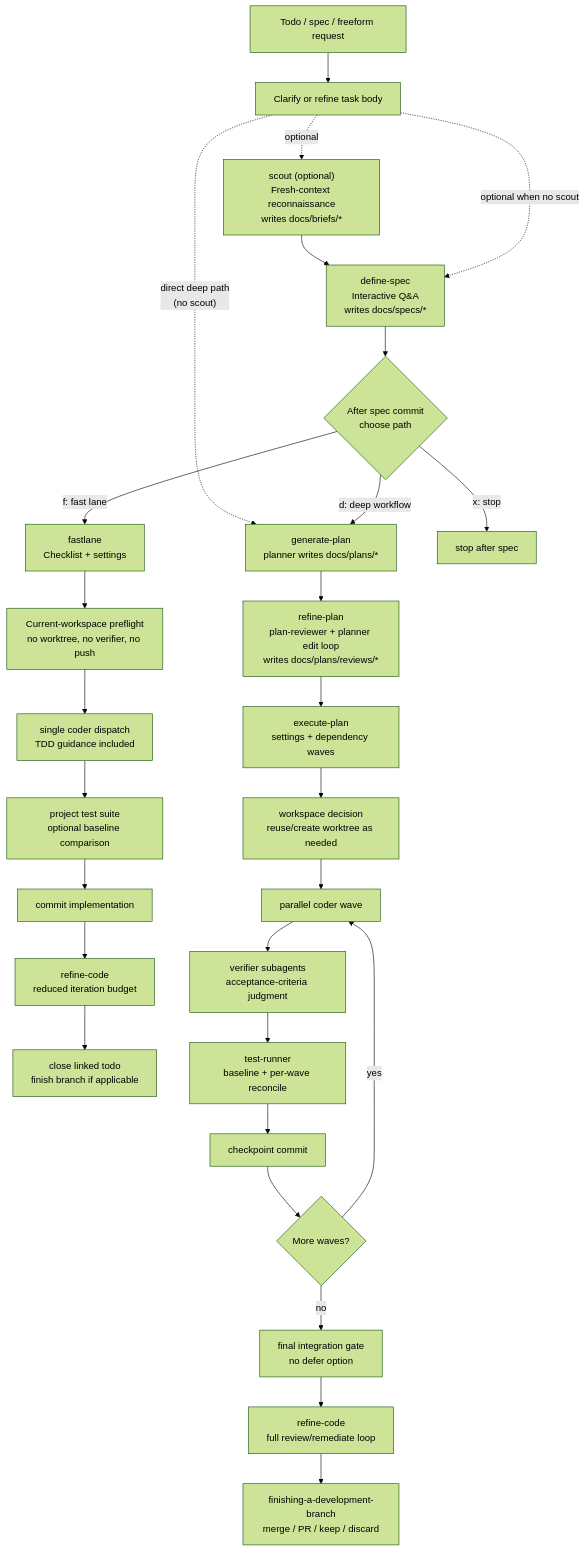
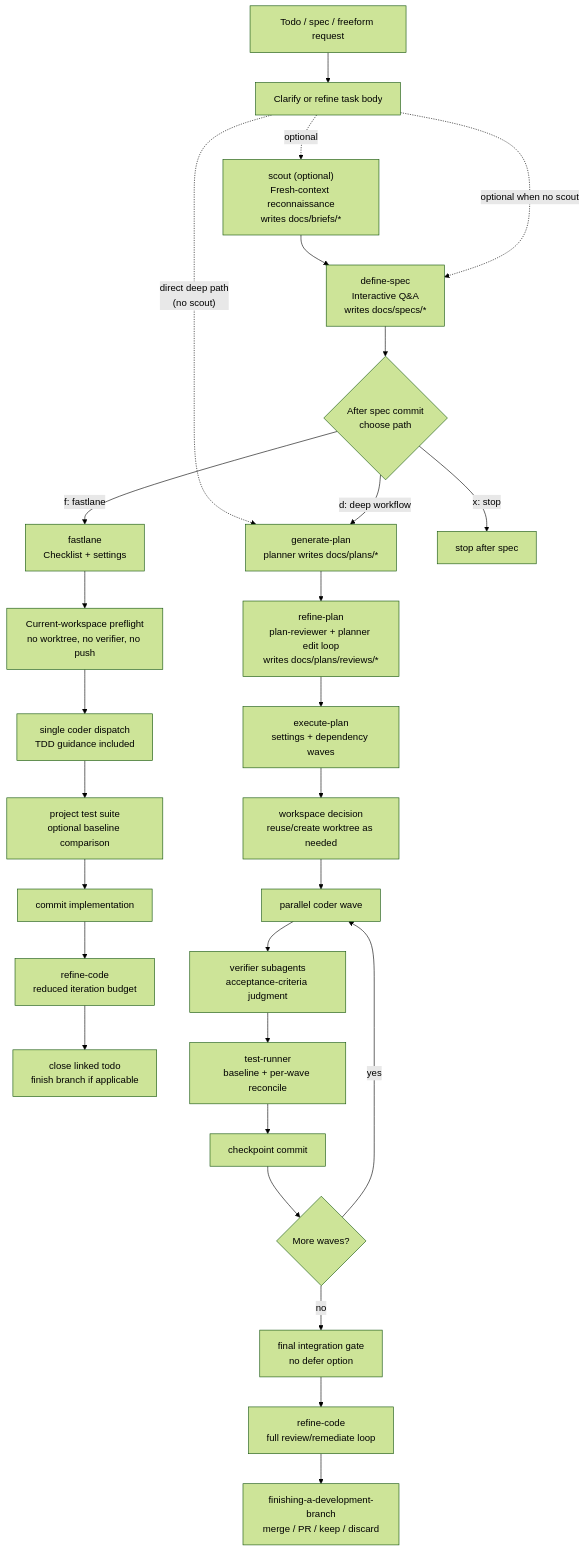
Before and after one commit to davidsunglee/pi-config: the diagram in README.md, drawn with Mermaid (forest theme). The commit also changed other lines of this file and 3 other files, not shown here.

````diff
--- a/README.md
+++ b/README.md
@@ -67,45 +67,45 @@
 ```mermaid
 flowchart TD
     input["Todo / spec / freeform request"]
     refine["Clarify or refine task body"]
     scout["scout (optional)\nFresh-context reconnaissance\nwrites docs/briefs/*"]
     spec["define-spec\nInteractive Q&A\nwrites docs/specs/*"]
     menu{"After spec commit\nchoose path"}
 
     fastStart["fastlane\nChecklist + settings"]
     fastPreflight["Current-workspace preflight\nno worktree, no verifier, no push"]
     fastCoder["single coder dispatch\nTDD guidance included"]
     fastTests["project test suite\noptional baseline comparison"]
     fastCommit["commit implementation"]
     fastReview["refine-code\nreduced iteration budget"]
     fastFinish["close linked todo\nfinish branch if applicable"]
 
     plan["generate-plan\nplanner writes docs/plans/*"]
     refinePlan["refine-plan\nplan-reviewer + planner edit loop\nwrites docs/plans/reviews/*"]
     exec["execute-plan\nsettings + dependency waves"]
     worktree["workspace decision\nreuse/create worktree as needed"]
     coders["parallel coder wave"]
     verifier["verifier subagents\nacceptance-criteria judgment"]
     runner["test-runner\nbaseline + per-wave reconcile"]
     waveCommit["checkpoint commit"]
     more{"More waves?"}
     finalGate["final integration gate\nno defer option"]
     deepReview["refine-code\nfull review/remediate loop"]
     finish["finishing-a-development-branch\nmerge / PR / keep / discard"]
 
     input --> refine
     refine -. "optional" .-> scout
     scout --> spec
     refine -. "optional when no scout" .-> spec
     refine -. "direct deep path\n(no scout)" .-> plan
     spec --> menu
-    menu -->|"f: fast lane"| fastStart
+    menu -->|"f: fastlane"| fastStart
     menu -->|"d: deep workflow"| plan
     menu -->|"x: stop"| stop["stop after spec"]
 
     fastStart --> fastPreflight --> fastCoder --> fastTests --> fastCommit --> fastReview --> fastFinish
 
     plan --> refinePlan --> exec --> worktree --> coders --> verifier --> runner --> waveCommit --> more
     more -->|yes| coders
     more -->|no| finalGate --> deepReview --> finish
 ```
````
